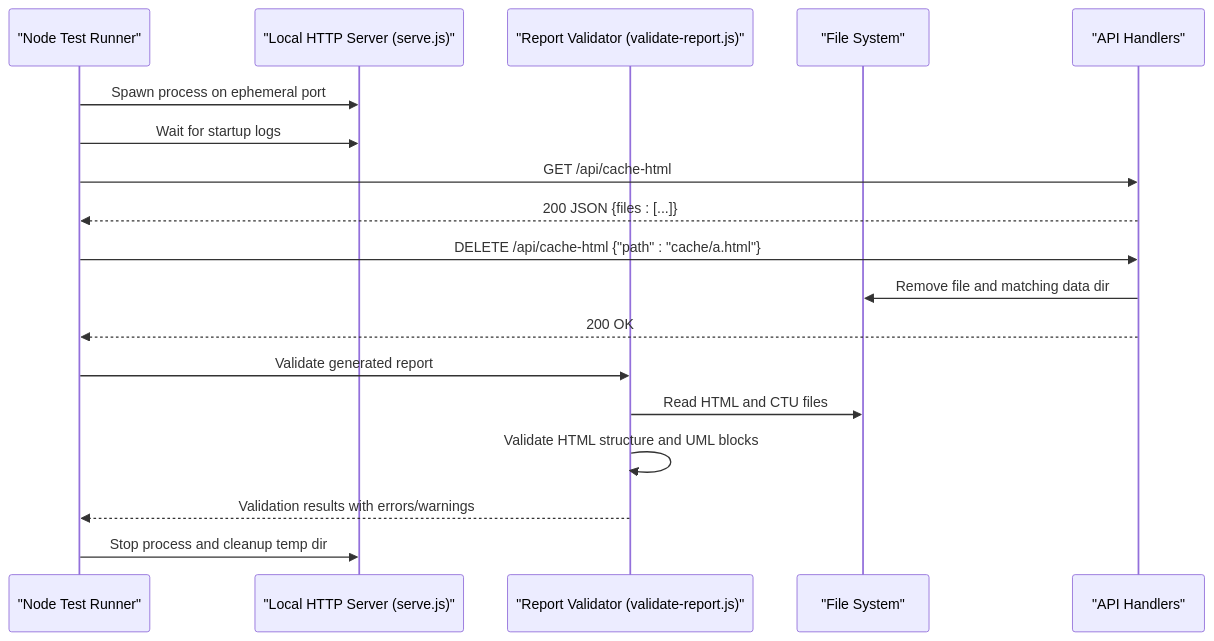
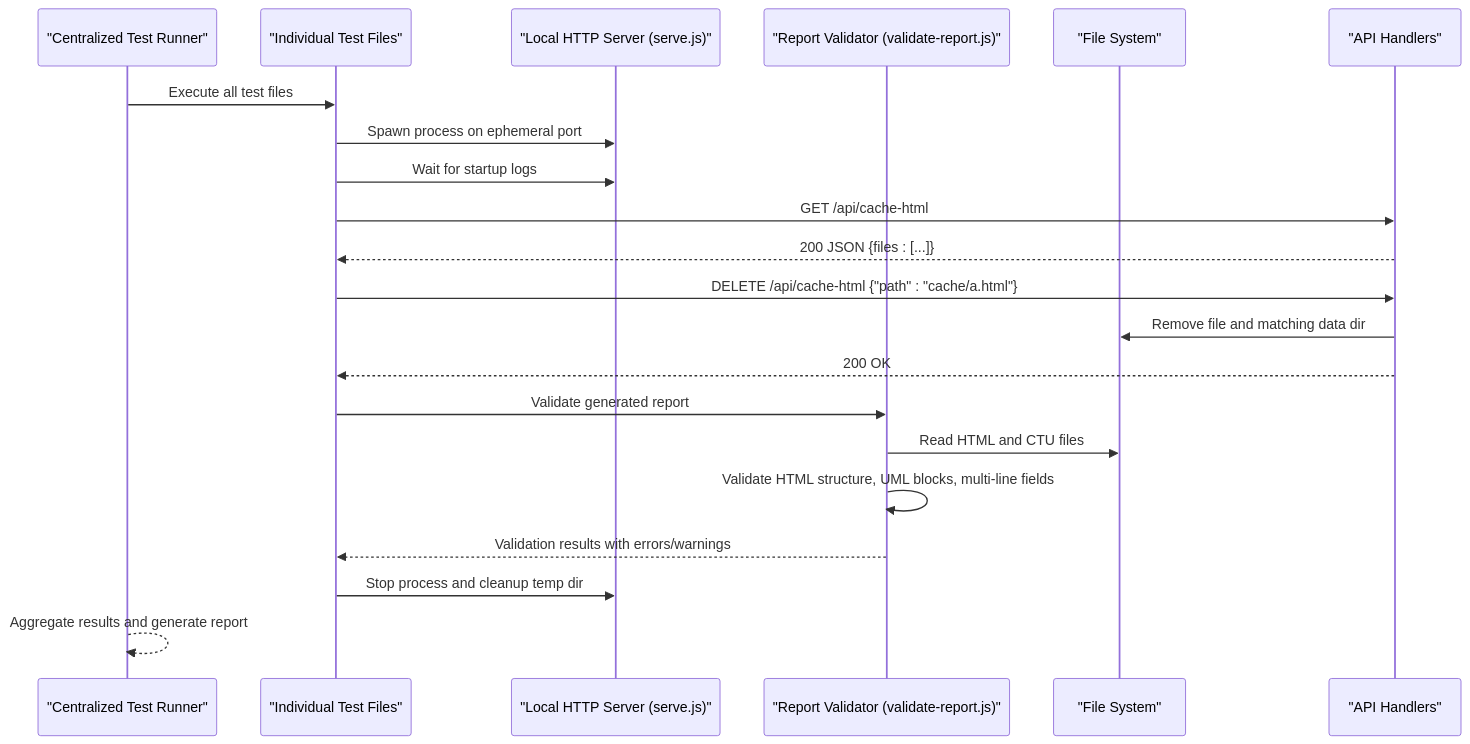
The second of 11 diagrams in .qoder/repowiki/en/content/Testing and Quality Assurance.md (pingwurth/code-to-uml), drawn with Mermaid before and after one commit. The commit also changed other lines of this file and 21 other files, not shown here.

Commit message:
chore(docs): 删除 Code-To-UML 介绍文档

````diff
--- a/.qoder/repowiki/en/content/Testing and Quality Assurance.md
+++ b/.qoder/repowiki/en/content/Testing and Quality Assurance.md
@@ -163,20 +187,23 @@
 ```mermaid
 sequenceDiagram
-participant Test as "Node Test Runner"
+participant Runner as "Centralized Test Runner"
+participant Test as "Individual Test Files"
 participant Server as "Local HTTP Server (serve.js)"
 participant Validator as "Report Validator (validate-report.js)"
 participant FS as "File System"
 participant API as "API Handlers"
+Runner->>Test : Execute all test files
 Test->>Server : Spawn process on ephemeral port
 Test->>Server : Wait for startup logs
 Test->>API : GET /api/cache-html
 API-->>Test : 200 JSON {files : [...]}
 Test->>API : DELETE /api/cache-html {"path" : "cache/a.html"}
 API->>FS : Remove file and matching data dir
 API-->>Test : 200 OK
 Test->>Validator : Validate generated report
 Validator->>FS : Read HTML and CTU files
-Validator->>Validator : Validate HTML structure and UML blocks
+Validator->>Validator : Validate HTML structure, UML blocks, multi-line fields
 Validator-->>Test : Validation results with errors/warnings
 Test->>Server : Stop process and cleanup temp dir
+Runner-->>Runner : Aggregate results and generate report
 ```
````
